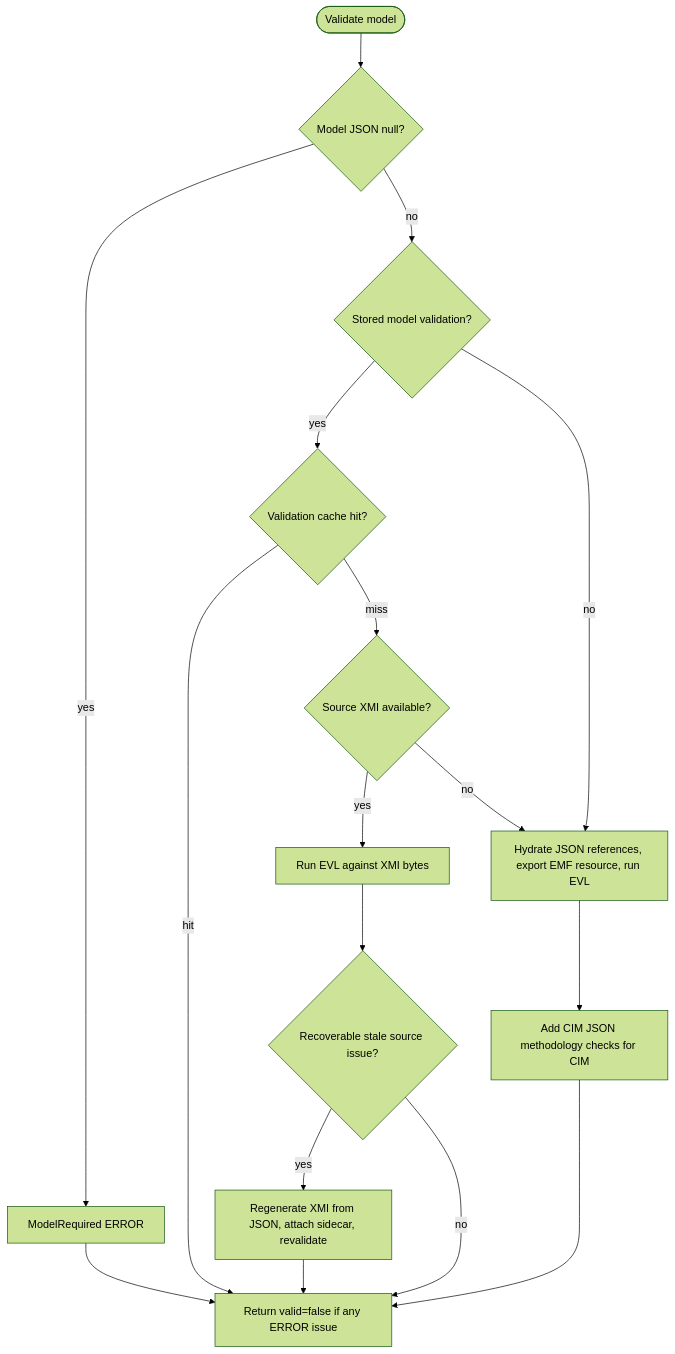
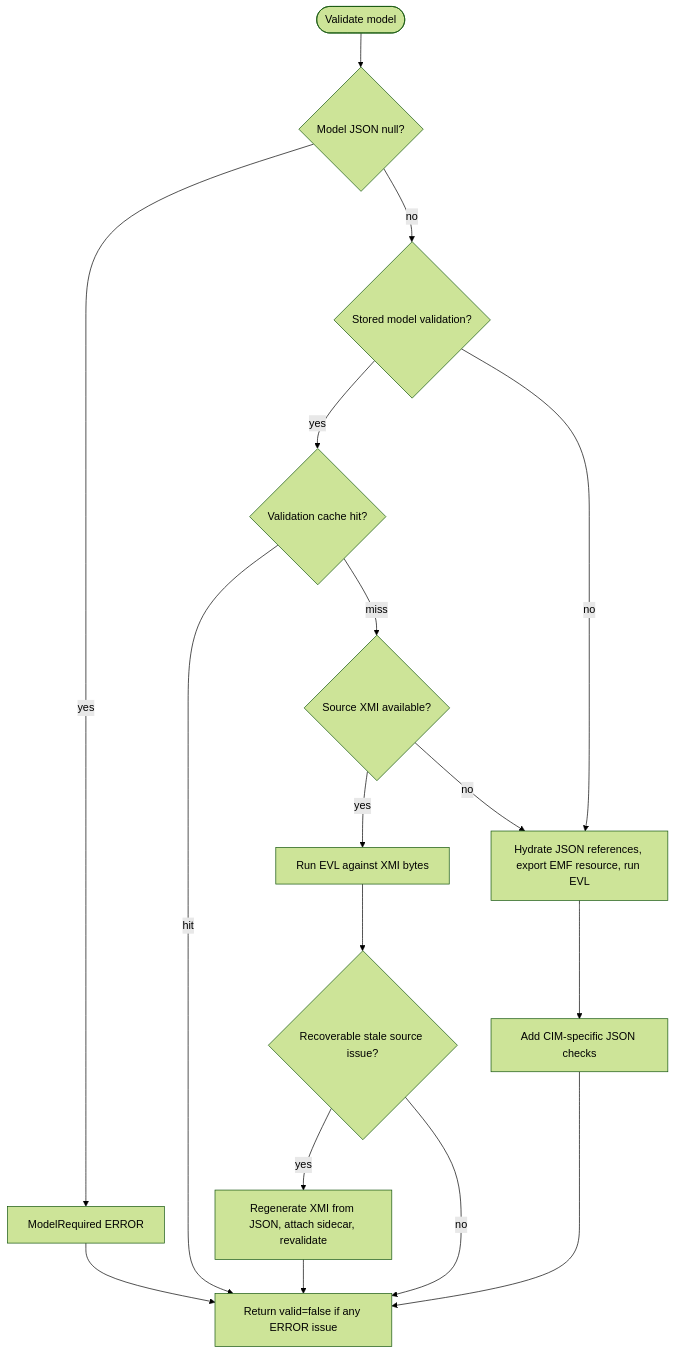
One commit to mehdieidi/modriss changed the second of 7 diagrams in docs/diagrams/22-major-function-flows.md. Above: the diagram before and after it, drawn with Mermaid (forest theme). The commit also changed 78 other files, not shown here.

````diff
--- a/docs/diagrams/22-major-function-flows.md
+++ b/docs/diagrams/22-major-function-flows.md
@@ -28,26 +28,26 @@
 ```mermaid
 flowchart TD
     start([Validate model])
     null{"Model JSON null?"}
     stored{"Stored model validation?"}
     cache{"Validation cache hit?"}
     xmi{"Source XMI available?"}
     evlXmi["Run EVL against XMI bytes"]
     evlJson["Hydrate JSON references, export EMF resource, run EVL"]
     stale{"Recoverable stale source issue?"}
     repair["Regenerate XMI from JSON, attach sidecar, revalidate"]
-    cim["Add CIM JSON methodology checks for CIM"]
+    cim["Add CIM-specific JSON checks"]
     result["Return valid=false if any ERROR issue"]
 
     start --> null
     null -- yes --> required["ModelRequired ERROR"] --> result
     null -- no --> stored
     stored -- yes --> cache
     cache -- hit --> result
     cache -- miss --> xmi
     xmi -- yes --> evlXmi --> stale
     stale -- yes --> repair --> result
     stale -- no --> result
     xmi -- no --> evlJson --> cim --> result
     stored -- no --> evlJson
 ```
````
